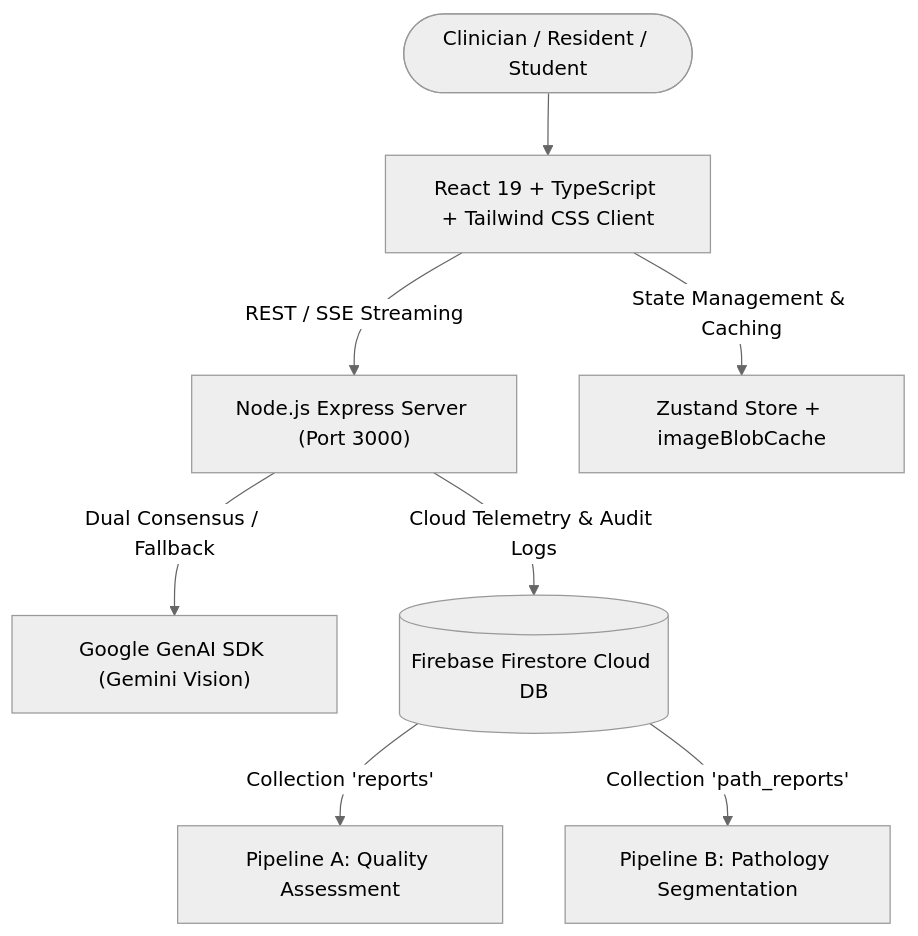
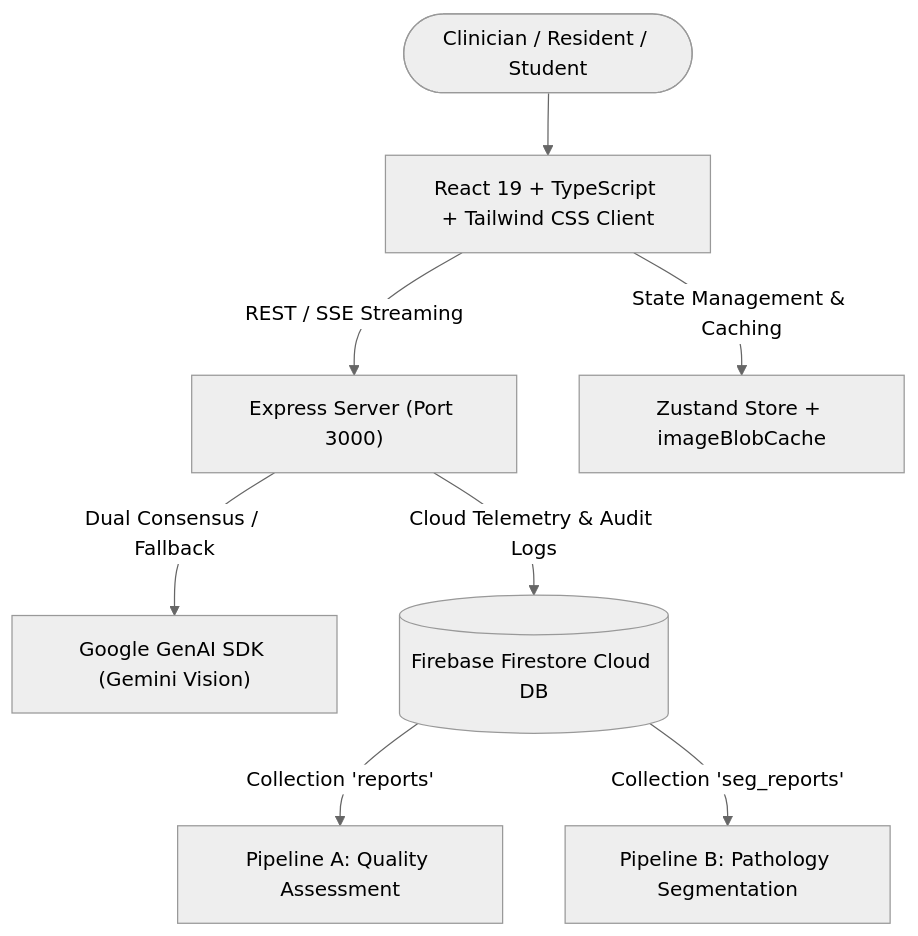
One commit to trungnb/PeriApicaI changed the diagram in README.md. Above: the diagram before and after it, drawn with Mermaid (neutral theme). The commit also changed other lines of this file and 23 other files, not shown here.

````diff
--- a/README.md
+++ b/README.md
@@ -39,10 +36,10 @@
 ```mermaid
 graph TD
     User(["Clinician / Resident / Student"]) --> UI["React 19 + TypeScript + Tailwind CSS Client"]
-    UI -->|REST / SSE Streaming| Express["Node.js Express Server (Port 3000)"]
+    UI -->|REST / SSE Streaming| Express["Express Server (Port 3000)"]
     Express -->|Dual Consensus / Fallback| Gemini["Google GenAI SDK (Gemini Vision)"]
     Express -->|Cloud Telemetry & Audit Logs| Firestore[("Firebase Firestore Cloud DB")]
     Firestore -->|Collection 'reports'| PipelineA["Pipeline A: Quality Assessment"]
-    Firestore -->|Collection 'path_reports'| PipelineB["Pipeline B: Pathology Segmentation"]
+    Firestore -->|Collection 'seg_reports'| PipelineB["Pipeline B: Pathology Segmentation"]
     UI -->|State Management & Caching| Zustand["Zustand Store + imageBlobCache"]
 ```
````
